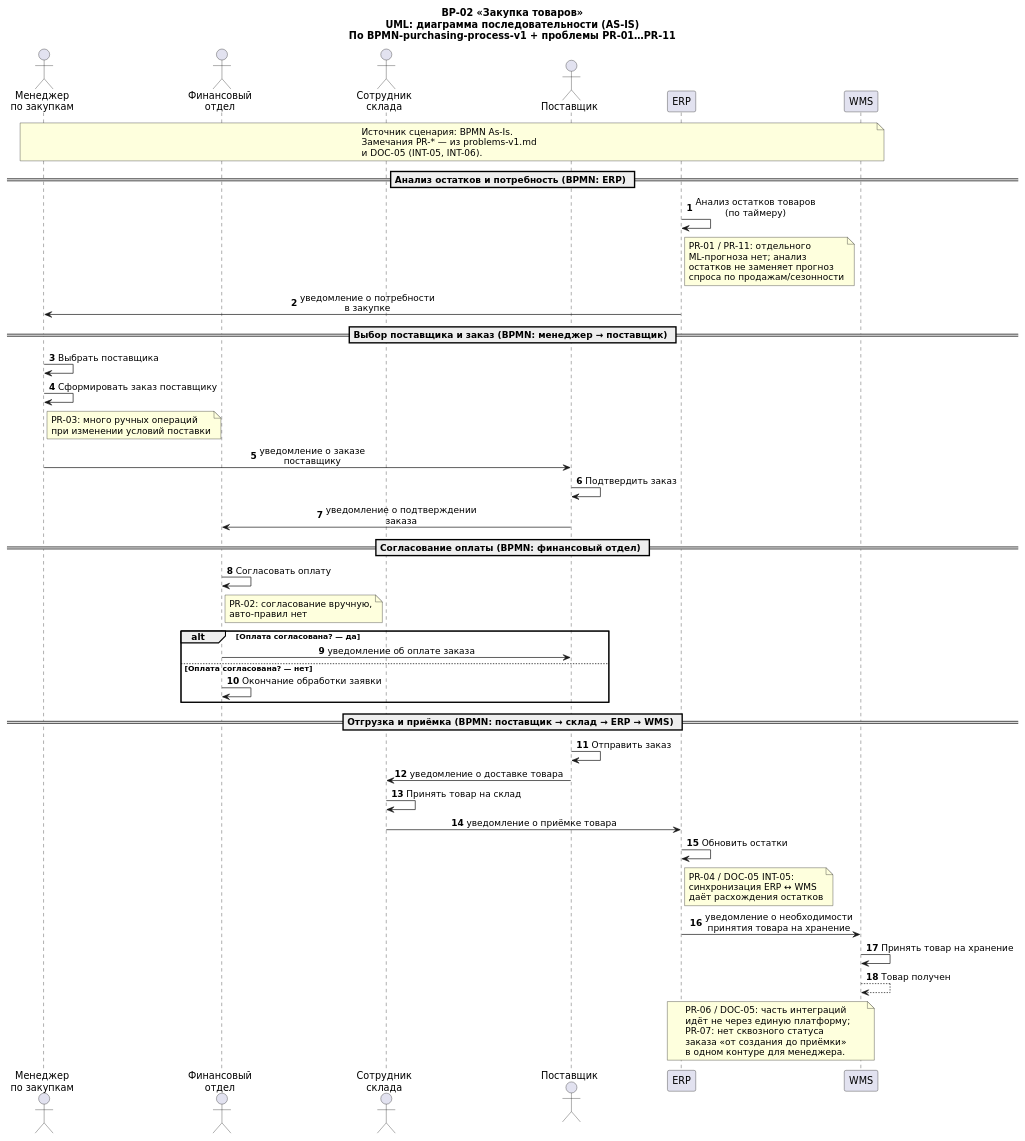
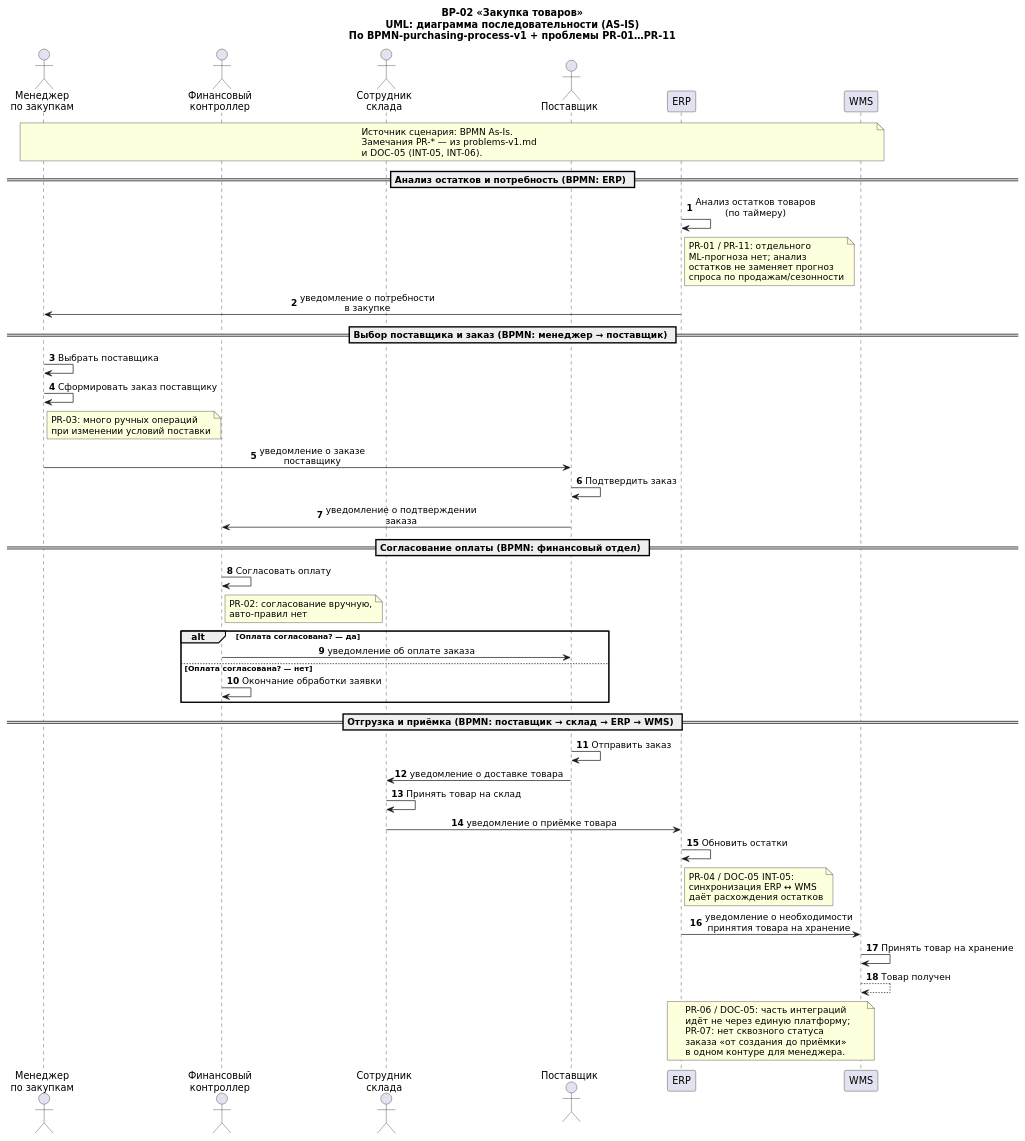
The diagram in 02_purchasing_domain/06_Architecture_Models/UML/purchasing_sequence_UML_AS_IS.puml (rsingatulin/hse_architecture), drawn with PlantUML before and after one commit.

Commit message:
Sync namings

```diff
--- a/02_purchasing_domain/06_Architecture_Models/UML/purchasing_sequence_UML_AS_IS.puml
+++ b/02_purchasing_domain/06_Architecture_Models/UML/purchasing_sequence_UML_AS_IS.puml
@@ -1,96 +1,96 @@
 @startuml purchasing_sequence_UML_AS_IS
 
 skinparam shadowing false
 skinparam defaultFontName DejaVu Sans
 skinparam sequenceMessageAlign center
 skinparam responseMessageBelowArrow true
 skinparam maxMessageSize 240
 autonumber
 
 title BP-02 «Закупка товаров»\nUML: диаграмма последовательности (AS-IS)\nПо BPMN-purchasing-process-v1 + проблемы PR-01…PR-11
 
 ' Участники — как в BPMN (lanes / participants)
 
 actor "Менеджер\nпо закупкам" as Buyer
-actor "Финансовый\nотдел" as Finance
+actor "Финансовый\nконтроллер" as Finance
 actor "Сотрудник\nсклада" as WarehouseUser
 actor "Поставщик" as Supplier
 
 participant "ERP" as ERP
 participant "WMS" as WMS
 
 note over Buyer, WMS
   Источник сценария: BPMN As-Is.
   Замечания PR-* — из problems-v1.md
   и DOC-05 (INT-05, INT-06).
 end note
 
 == Анализ остатков и потребность (BPMN: ERP) ==
 
 ERP -> ERP : Анализ остатков товаров\n(по таймеру)
 note right of ERP
   PR-01 / PR-11: отдельного
   ML-прогноза нет; анализ
   остатков не заменяет прогноз
   спроса по продажам/сезонности
 end note
 
 ERP -> Buyer : уведомление о потребности\nв закупке
 
 == Выбор поставщика и заказ (BPMN: менеджер → поставщик) ==
 
 Buyer -> Buyer : Выбрать поставщика
 Buyer -> Buyer : Сформировать заказ поставщику
 note right of Buyer
   PR-03: много ручных операций
   при изменении условий поставки
 end note
 
 Buyer -> Supplier : уведомление о заказе поставщику
 
 Supplier -> Supplier : Подтвердить заказ
 Supplier -> Finance : уведомление о подтверждении заказа
 
 == Согласование оплаты (BPMN: финансовый отдел) ==
 
 Finance -> Finance : Согласовать оплату
 note right of Finance
   PR-02: согласование вручную,
   авто-правил нет
 end note
 
 alt Оплата согласована? — да
   Finance -> Supplier : уведомление об оплате заказа
 else Оплата согласована? — нет
   Finance -> Finance : Окончание обработки заявки
 end
 
 == Отгрузка и приёмка (BPMN: поставщик → склад → ERP → WMS) ==
 
 Supplier -> Supplier : Отправить заказ
 Supplier -> WarehouseUser : уведомление о доставке товара
 
 WarehouseUser -> WarehouseUser : Принять товар на склад
 WarehouseUser -> ERP : уведомление о приёмке товара
 
 ERP -> ERP : Обновить остатки
 note right of ERP
   PR-04 / DOC-05 INT-05:
   синхронизация ERP ↔ WMS
   даёт расхождения остатков
 end note
 
 ERP -> WMS : уведомление о необходимости\nпринятия товара на хранение
 
 WMS -> WMS : Принять товар на хранение
 WMS --> WMS : Товар получен
 
 note over ERP, WMS
   PR-06 / DOC-05: часть интеграций
   идёт не через единую платформу;
   PR-07: нет сквозного статуса
   заказа «от создания до приёмки»
   в одном контуре для менеджера.
 end note
 
 @enduml
```
